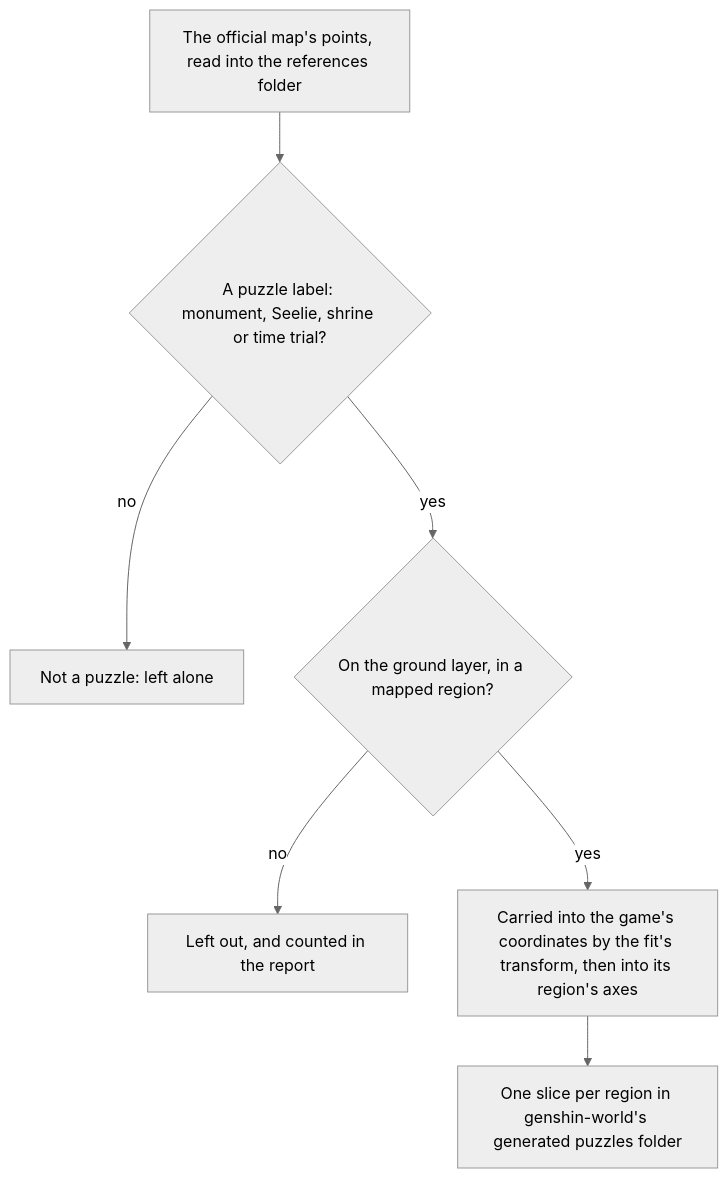
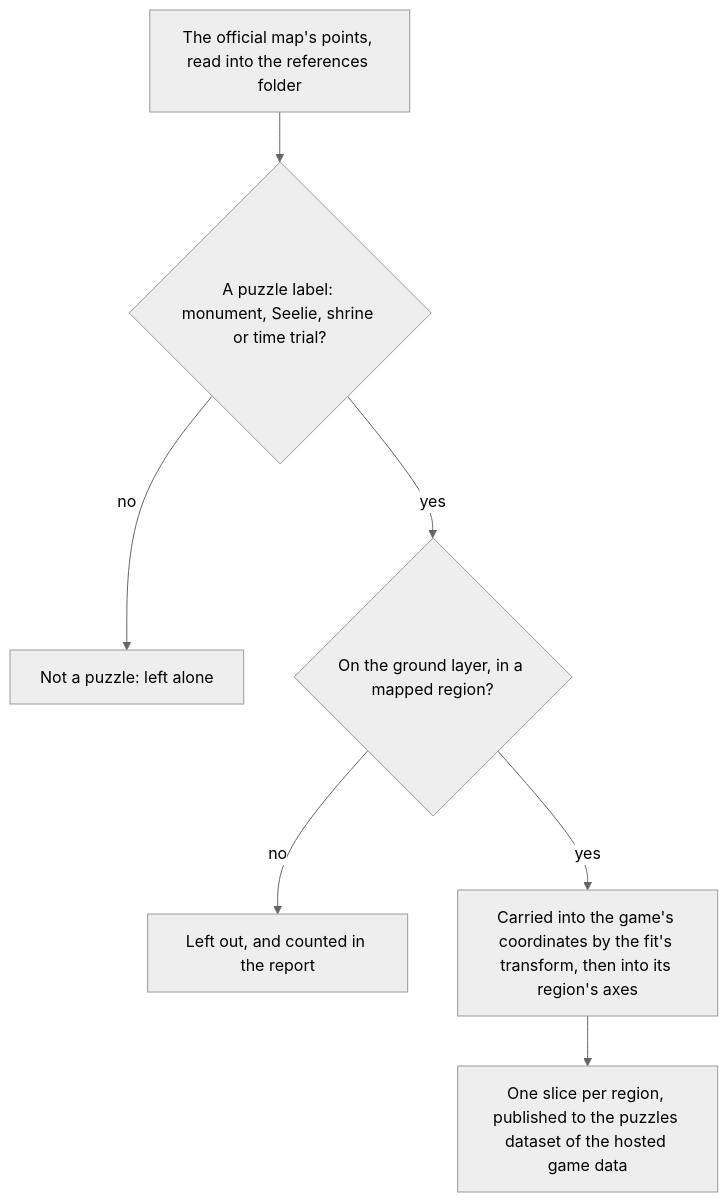
The first of 2 diagrams in apps/web/content/docs/genshin/puzzles.md (Esposter/Esposter), drawn with Mermaid (neutral theme) before and after one commit. The commit also changed other lines of this file and 10 other files, not shown here.

First line of the commit message:
docs(genshin): the map-point, offering, gathering and fishing pages describe their steps publishing to the game data

````diff
--- a/apps/web/content/docs/genshin/puzzles.md
+++ b/apps/web/content/docs/genshin/puzzles.md
@@ -12,9 +12,9 @@
 ```mermaid
 flowchart TD
   P["The official map's points, read into the references folder"] --> K{"A puzzle label: monument, Seelie, shrine or time trial?"}
   K -->|"no"| SKIP["Not a puzzle: left alone"]
   K -->|"yes"| L{"On the ground layer, in a mapped region?"}
   L -->|"no"| LEFT["Left out, and counted in the report"]
   L -->|"yes"| T["Carried into the game's coordinates by the fit's transform, then into its region's axes"]
-  T --> S["One slice per region in genshin-world's generated puzzles folder"]
+  T --> S["One slice per region, published to the puzzles dataset of the hosted game data"]
 ```
````
